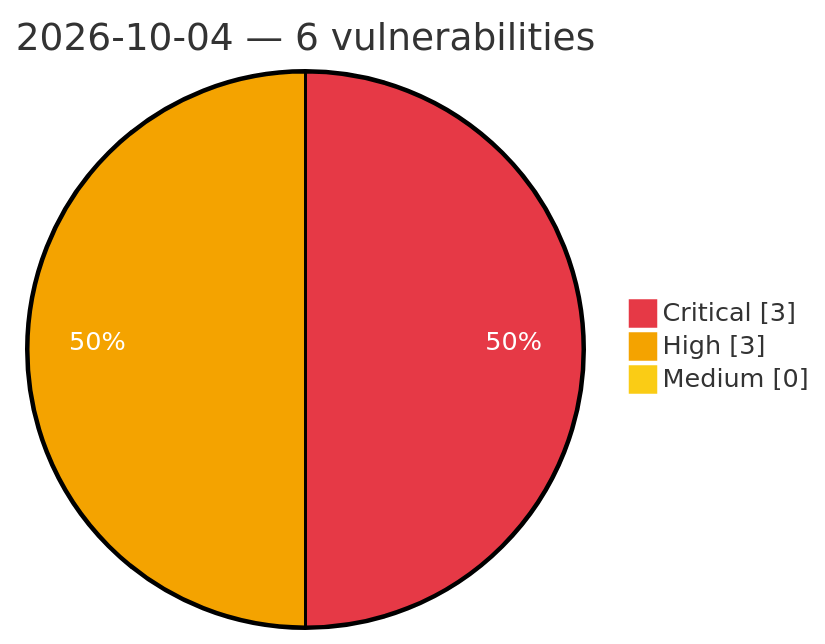
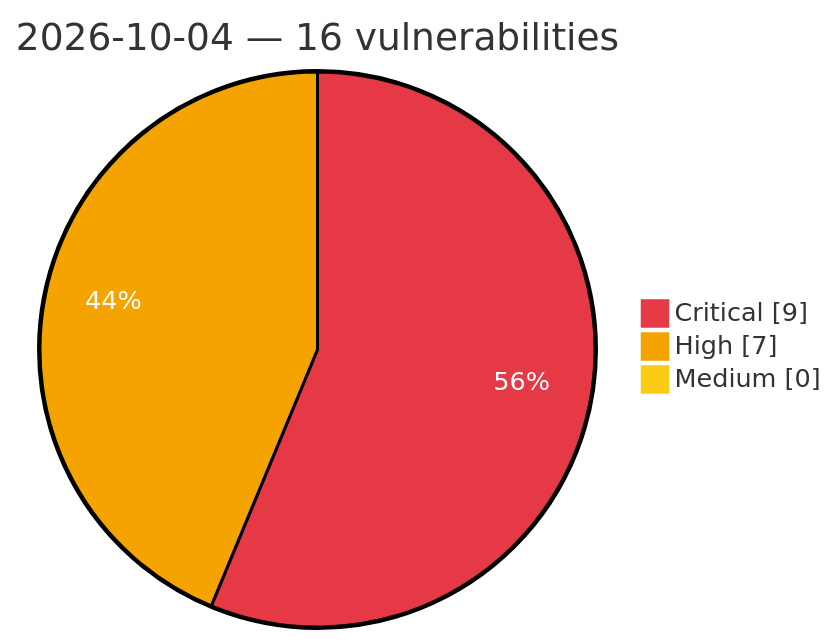
The diagram in vulnerabilities/2026/October/2026-10-04.md (GhostX0X/vuln-tracker), drawn with Mermaid before and after one commit. The commit also changed other lines of this file and 5 other files, not shown here.

Commit message:
Auto update: critical/high vulns (2026-10-04 17:50 UTC)

````diff
--- a/vulnerabilities/2026/October/2026-10-04.md
+++ b/vulnerabilities/2026/October/2026-10-04.md
@@ -3,8 +3,8 @@
 ```mermaid
 %%{init: {'theme':'base', 'themeVariables': {'pie1':'#e63946', 'pie2':'#f4a300', 'pie3':'#facc15', 'pieOpacity':'1', 'pieOuterStrokeWidth':'2px', 'pieSectionTextColor':'#ffffff'}}}%%
 pie showData
-    title 2026-10-04 — 6 vulnerabilities
-    "Critical" : 3
-    "High" : 3
+    title 2026-10-04 — 16 vulnerabilities
+    "Critical" : 9
+    "High" : 7
     "Medium" : 0
 ```
````
